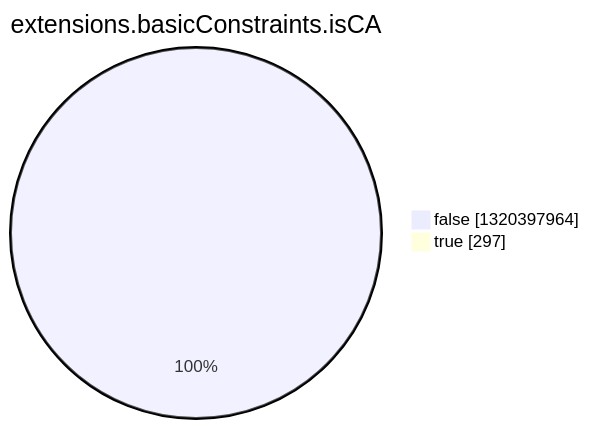
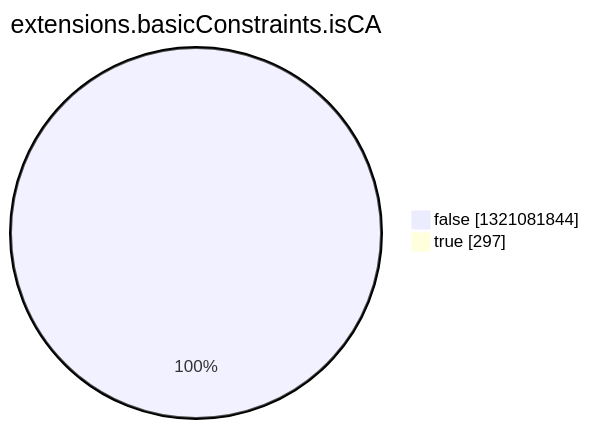
One commit to christiankrug/ctmonitor_visualization changed the eighth of 15 diagrams in argon2022/README.md. Above: the diagram before and after it, drawn with Mermaid. The commit also changed other lines of this file, not shown here.

````diff
--- a/argon2022/README.md
+++ b/argon2022/README.md
@@ -2758,6 +2758,6 @@
 ```mermaid
 pie showData
 title extensions.basicConstraints.isCA
-"false" :1320397964
+"false" :1321081844
 "true" :297
 ```
````
